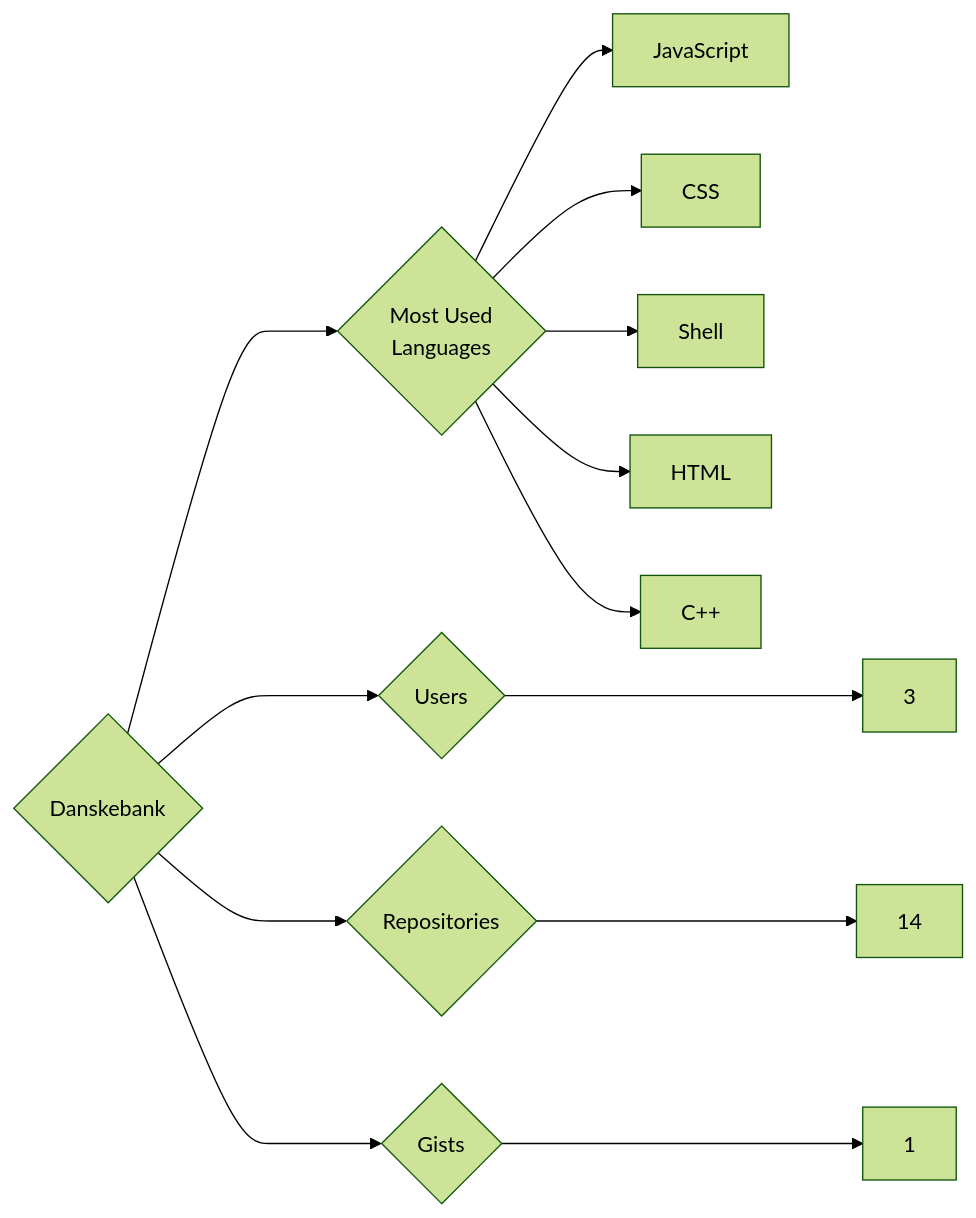
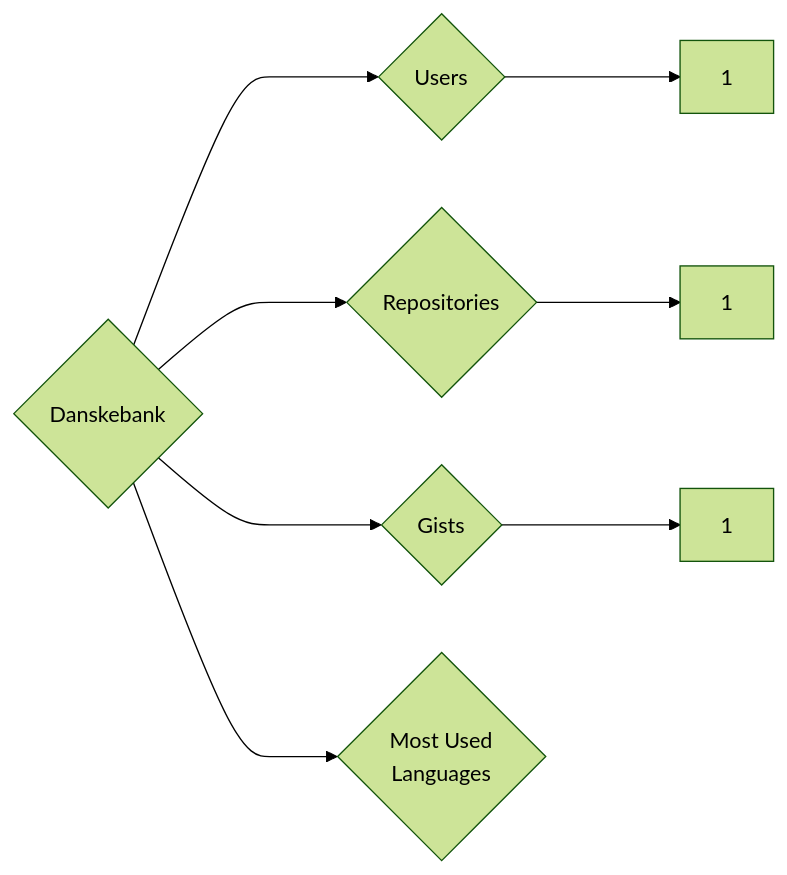
Before and after one commit to trickest/insiders: the diagram in targets/Danskebank/README.md, drawn with Mermaid (forest theme). The commit also changed 1120 other files, not shown here.

````diff
--- a/targets/Danskebank/README.md
+++ b/targets/Danskebank/README.md
@@ -3,13 +3,8 @@
 ```mermaid
 graph LR
 COMPANY_NAME{Danskebank}
-COMPANY_NAME ---> U{Users} ---> UN[3]
-COMPANY_NAME ---> R{Repositories} ---> RN[14]
+COMPANY_NAME ---> U{Users} ---> UN[1]
+COMPANY_NAME ---> R{Repositories} ---> RN[1]
 COMPANY_NAME ---> G{Gists} ---> GN[1]
 COMPANY_NAME ---> ML{Most Used<br>Languages}
-ML --> JavaScript[JavaScript]
-ML --> CSS[CSS]
-ML --> Shell[Shell]
-ML --> HTML[HTML]
-ML --> C++[C++]
 ```
````
